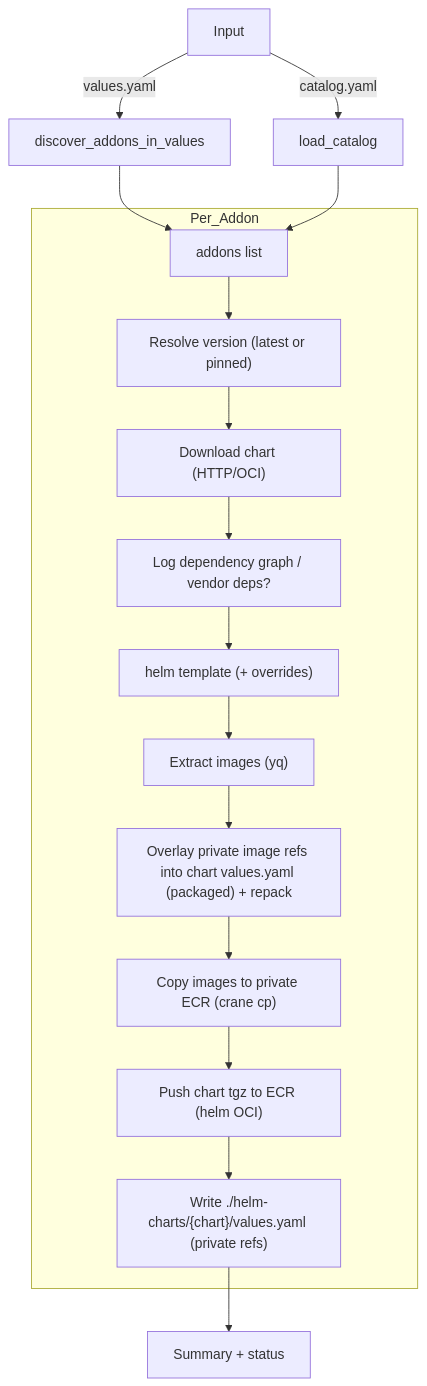
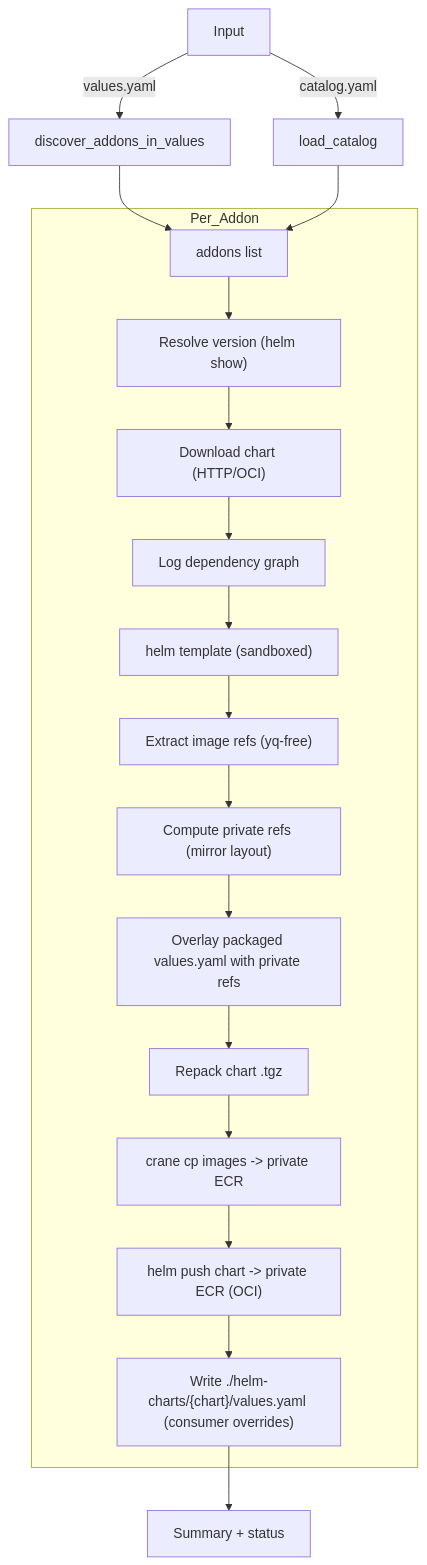
One commit to hisume/airgap-charts changed the first of 2 diagrams in README.md. Above: the diagram before and after it, drawn with Mermaid. The commit also changed other lines of this file, not shown here.

````diff
--- a/README.md
+++ b/README.md
@@ -64,21 +63,23 @@
 ```mermaid
 flowchart TD
   A[Input] -->|values.yaml| V[discover_addons_in_values]
   A -->|catalog.yaml| C[load_catalog]
   V --> L[addons list]
   C --> L
 
   subgraph Per_Addon
-    L --> R["Resolve version (latest or pinned)"]
+    L --> R["Resolve version (helm show)"]
     R --> D["Download chart (HTTP/OCI)"]
-    D --> Dep["Log dependency graph / vendor deps?"]
-    Dep --> T["helm template (+ overrides)"]
-    T --> E["Extract images (yq)"]
-    E --> O["Overlay private image refs into chart values.yaml (packaged) + repack"]
-    O --> CP["Copy images to private ECR (crane cp)"]
-    CP --> P["Push chart tgz to ECR (helm OCI)"]
-    P --> W["Write ./helm-charts/{chart}/values.yaml (private refs)"]
+    D --> Dep["Log dependency graph"]
+    Dep --> T["helm template (sandboxed)"]
+    T --> E["Extract image refs (yq-free)"]
+    E --> M["Compute private refs (mirror layout)"]
+    M --> O["Overlay packaged values.yaml with private refs"]
+    O --> Z["Repack chart .tgz"]
+    Z --> I["crane cp images -> private ECR"]
+    I --> P["helm push chart -> private ECR (OCI)"]
+    P --> W["Write ./helm-charts/{chart}/values.yaml (consumer overrides)"]
   end
 
   W --> S["Summary + status"]
 ```
````
